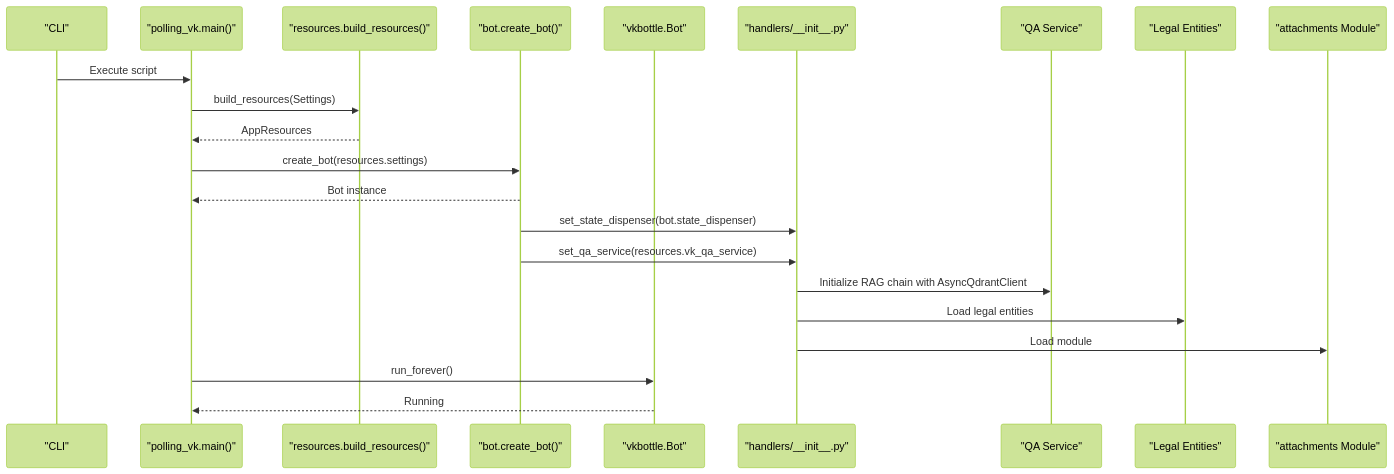
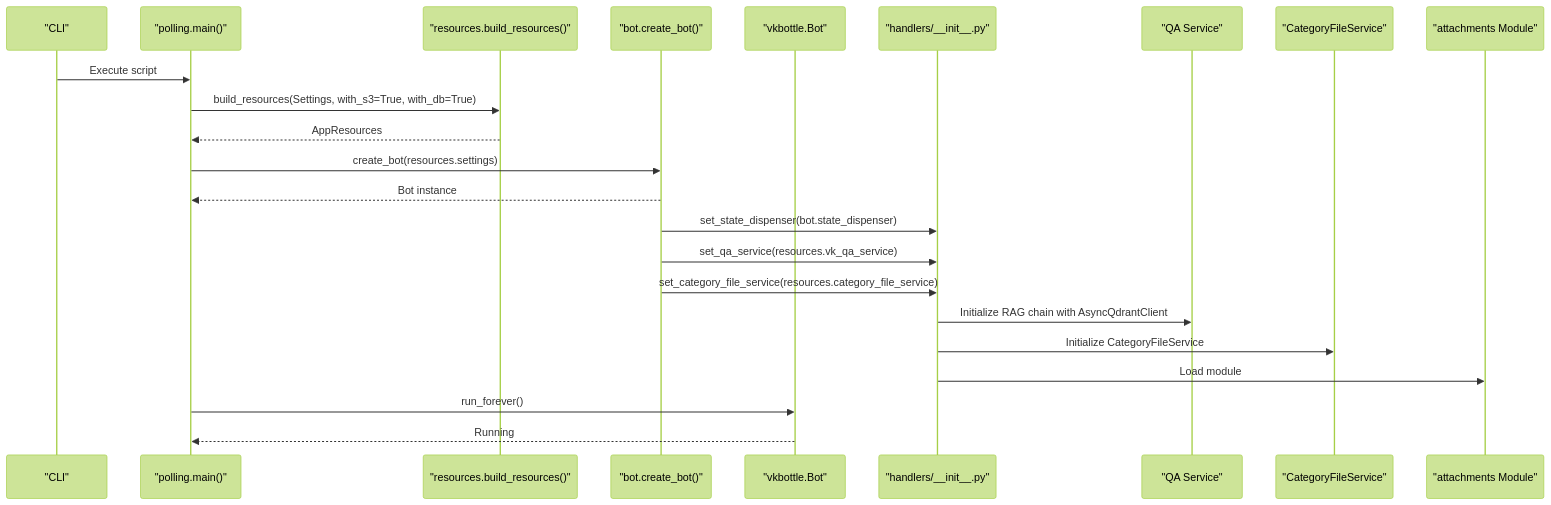
One commit to ognelis/cafetera_hr_bot changed diagram 26 of 29 in .qoder/repowiki/en/content/VK Integration/VK Integration.md. Above: the diagram before and after it, drawn with Mermaid (forest theme). The commit also changed other lines of this file and 139 other files, not shown here.

````diff
--- a/.qoder/repowiki/en/content/VK Integration/VK Integration.md
+++ b/.qoder/repowiki/en/content/VK Integration/VK Integration.md
@@ -1375,24 +1364,25 @@
 ```mermaid
 sequenceDiagram
 participant CLI as "CLI"
-participant Runner as "polling_vk.main()"
+participant Runner as "polling.main()"
 participant Resources as "resources.build_resources()"
 participant Factory as "bot.create_bot()"
 participant Bot as "vkbottle.Bot"
 participant Utils as "handlers/__init__.py"
 participant QA as "QA Service"
-participant Entities as "Legal Entities"
+participant CategoryService as "CategoryFileService"
 participant Attachments as "attachments Module"
 CLI->>Runner : Execute script
-Runner->>Resources : build_resources(Settings)
+Runner->>Resources : build_resources(Settings, with_s3=True, with_db=True)
 Resources-->>Runner : AppResources
 Runner->>Factory : create_bot(resources.settings)
 Factory-->>Runner : Bot instance
 Factory->>Utils : set_state_dispenser(bot.state_dispenser)
 Factory->>Utils : set_qa_service(resources.vk_qa_service)
+Factory->>Utils : set_category_file_service(resources.category_file_service)
 Utils->>QA : Initialize RAG chain with AsyncQdrantClient
-Utils->>Entities : Load legal entities
+Utils->>CategoryService : Initialize CategoryFileService
 Utils->>Attachments : Load module
 Runner->>Bot : run_forever()
 Bot-->>Runner : Running
 ```
````
